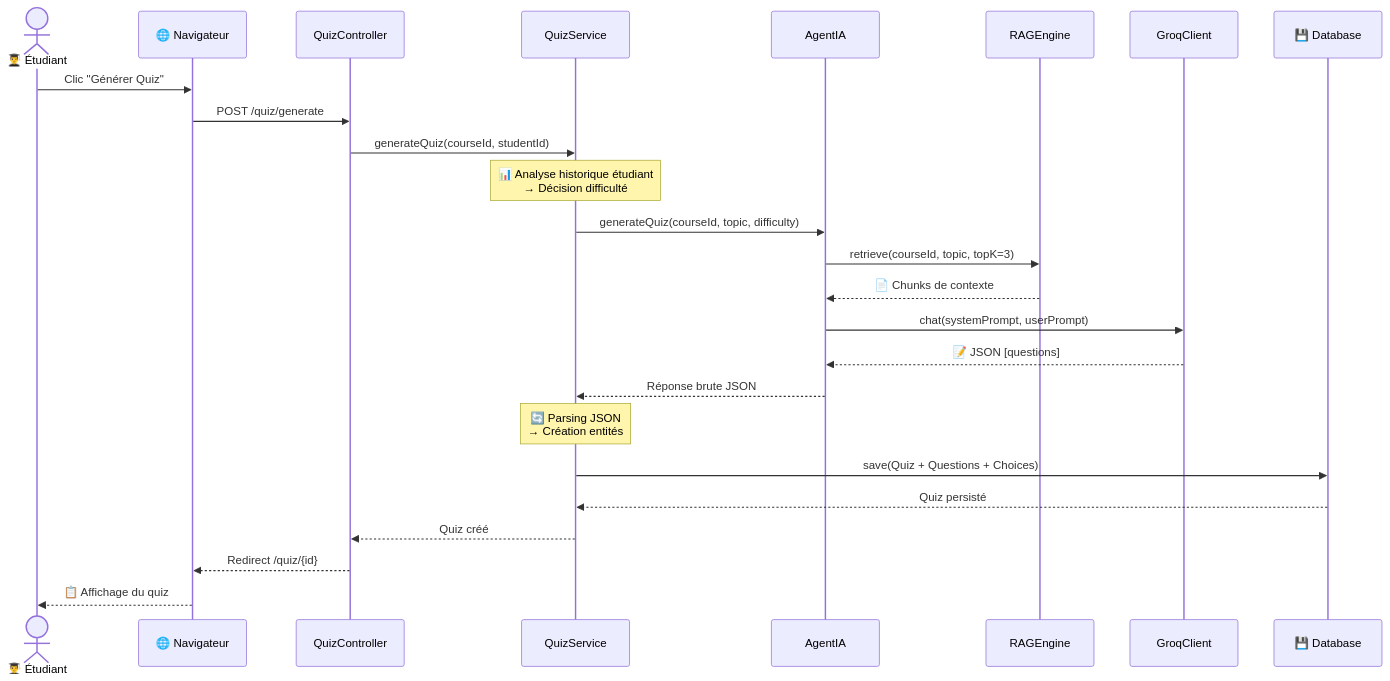
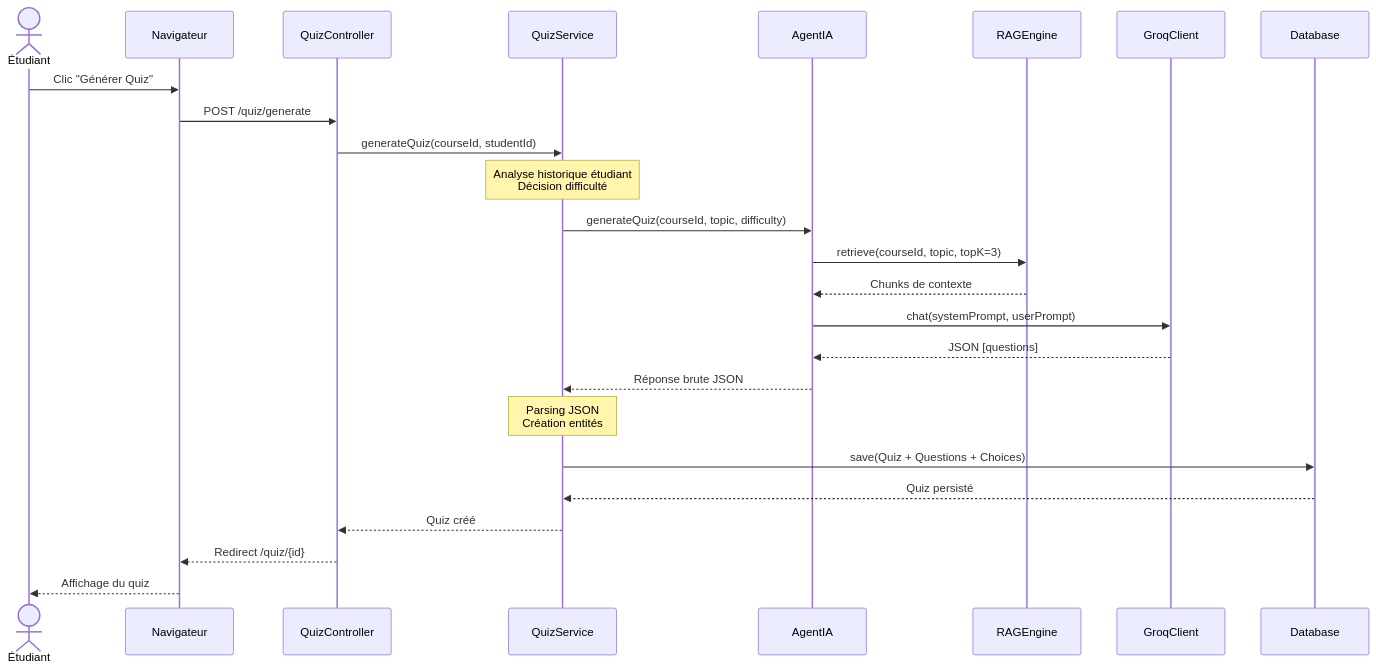
Before and after one commit to AM1N8/Dumpster: the fourth of 12 diagrams in this.md, drawn with Mermaid. The commit also changed other lines of this file, not shown here.

````diff
--- a/this.md
+++ b/this.md
@@ -188,35 +188,35 @@
 ```mermaid
 sequenceDiagram
-    actor Student as 👨‍🎓 Étudiant
-    participant Browser as 🌐 Navigateur
+    actor Student as Étudiant
+    participant Browser as Navigateur
     participant QC as QuizController
     participant QS as QuizService
     participant AI as AgentIA
     participant RAG as RAGEngine
     participant LLM as GroqClient
-    participant DB as 💾 Database
+    participant DB as Database
     
     Student->>Browser: Clic "Générer Quiz"
     Browser->>QC: POST /quiz/generate
     QC->>QS: generateQuiz(courseId, studentId)
     
-    Note over QS: 📊 Analyse historique étudiant<br/>→ Décision difficulté
+    Note over QS: Analyse historique étudiant<br/>Décision difficulté
     
     QS->>AI: generateQuiz(courseId, topic, difficulty)
     AI->>RAG: retrieve(courseId, topic, topK=3)
-    RAG-->>AI: 📄 Chunks de contexte
+    RAG-->>AI: Chunks de contexte
     
     AI->>LLM: chat(systemPrompt, userPrompt)
-    LLM-->>AI: 📝 JSON [questions]
+    LLM-->>AI: JSON [questions]
     
     AI-->>QS: Réponse brute JSON
     
-    Note over QS: 🔄 Parsing JSON<br/>→ Création entités
+    Note over QS: Parsing JSON<br/>Création entités
     
     QS->>DB: save(Quiz + Questions + Choices)
     DB-->>QS: Quiz persisté
     
     QS-->>QC: Quiz créé
     QC-->>Browser: Redirect /quiz/{id}
-    Browser-->>Student: 📋 Affichage du quiz
+    Browser-->>Student: Affichage du quiz
 ```
````
